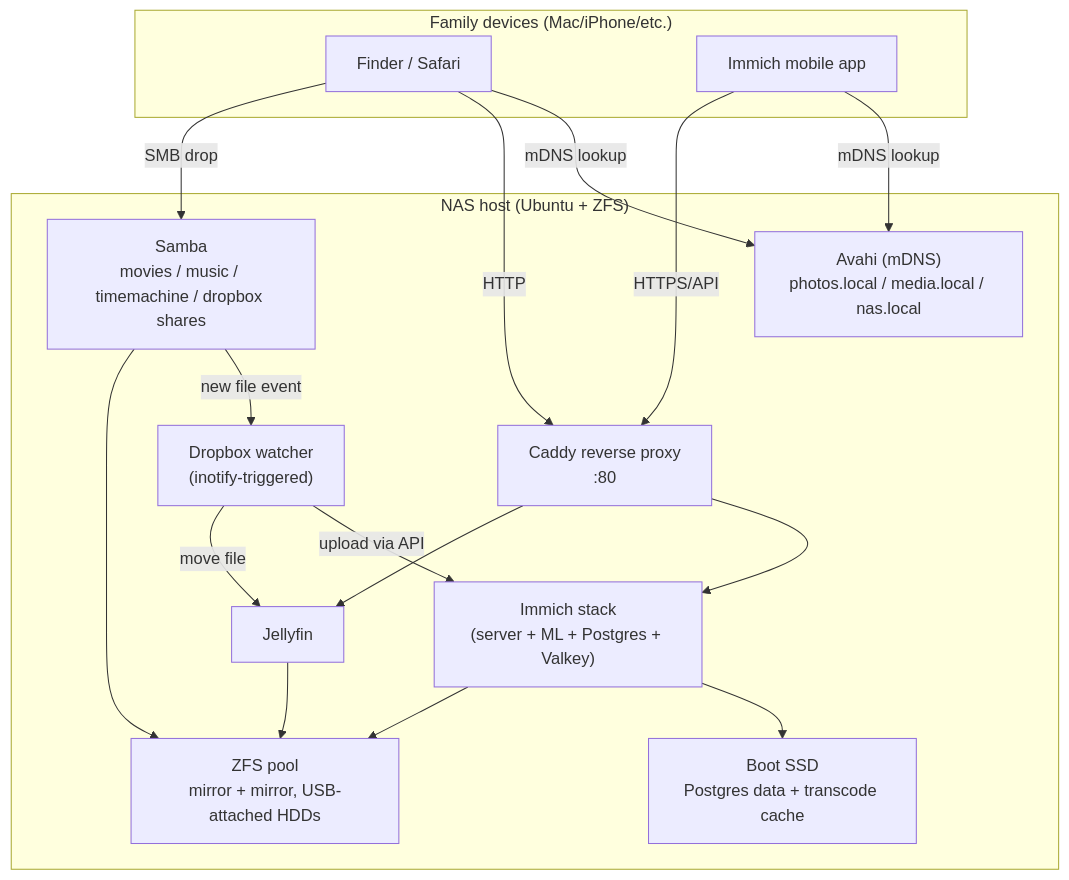
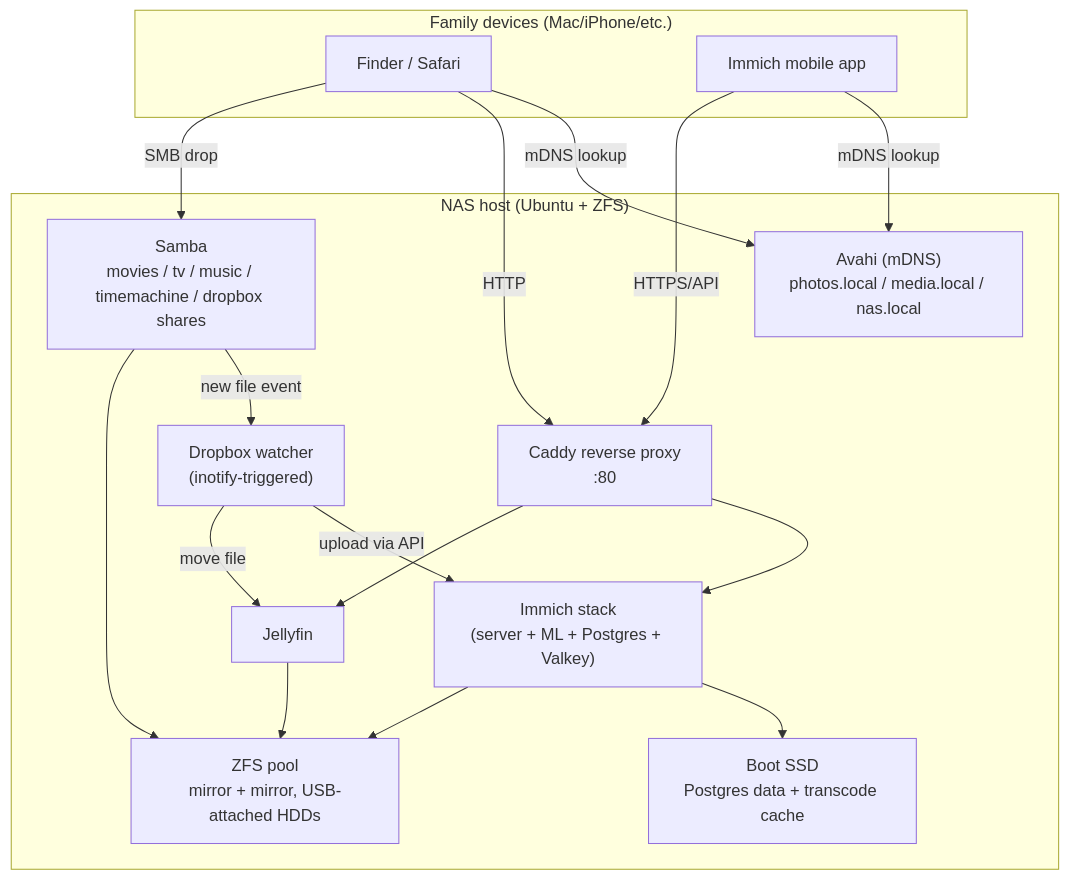
The diagram in README.md (IgorZingerman/FamilyNAS), drawn with Mermaid before and after one commit. The commit also changed other lines of this file and 4 other files, not shown here.

````diff
--- a/README.md
+++ b/README.md
@@ -41,33 +42,33 @@
 ```mermaid
 flowchart TB
     subgraph clients["Family devices (Mac/iPhone/etc.)"]
         mac["Finder / Safari"]
         phone["Immich mobile app"]
     end
 
     subgraph nas["NAS host (Ubuntu + ZFS)"]
         avahi["Avahi (mDNS)\nphotos.local / media.local / nas.local"]
         caddy["Caddy reverse proxy\n:80"]
         immich["Immich stack\n(server + ML + Postgres + Valkey)"]
         jellyfin["Jellyfin"]
-        smb["Samba\nmovies / music / timemachine / dropbox shares"]
+        smb["Samba\nmovies / tv / music / timemachine / dropbox shares"]
         watcher["Dropbox watcher\n(inotify-triggered)"]
         zfs["ZFS pool\nmirror + mirror, USB-attached HDDs"]
         ssd["Boot SSD\nPostgres data + transcode cache"]
     end
 
     mac -- mDNS lookup --> avahi
     phone -- mDNS lookup --> avahi
     mac -- HTTP --> caddy
     mac -- SMB drop --> smb
     phone -- HTTPS/API --> caddy
     caddy --> immich
     caddy --> jellyfin
     smb -- new file event --> watcher
     watcher -- upload via API --> immich
     watcher -- move file --> jellyfin
     immich --> ssd
     immich --> zfs
     jellyfin --> zfs
     smb --> zfs
 ```
````
